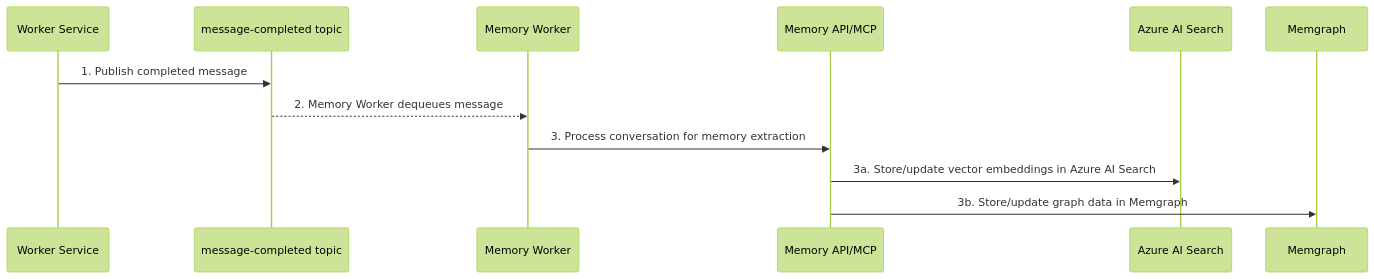
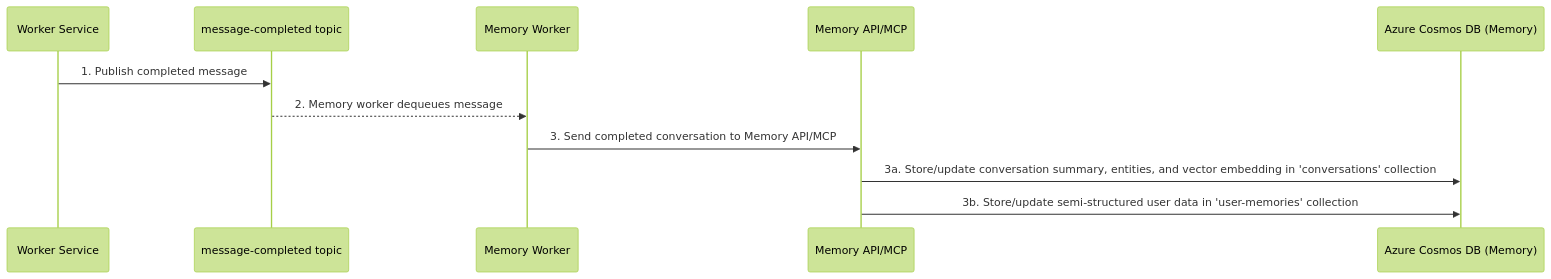
Before and after one commit to tkubica12/azure-workshops: the fourth of 4 diagrams in d-ai-app-patterns/scalable_chat/README.md, drawn with Mermaid (forest theme). The commit also changed other lines of this file, not shown here.

Commit message:
redesign memory system

````diff
--- a/d-ai-app-patterns/scalable_chat/README.md
+++ b/d-ai-app-patterns/scalable_chat/README.md
@@ -165,15 +179,14 @@
 ```mermaid
 sequenceDiagram
     participant W as Worker Service
     participant CC as message-completed topic
     participant MW as Memory Worker
     participant MA as Memory API/MCP
-    participant AS as Azure AI Search
-    participant G as Memgraph
+    participant CDBM as Azure Cosmos DB (Memory)
 
     W->>CC: 1. Publish completed message
-    CC-->>MW: 2. Memory Worker dequeues message
-    MW->>MA: 3. Process conversation for memory extraction
-    MA->>AS: 3a. Store/update vector embeddings in Azure AI Search
-    MA->>G: 3b. Store/update graph data in Memgraph
+    CC-->>MW: 2. Memory worker dequeues message
+    MW->>MA: 3. Send completed conversation to Memory API/MCP
+    MA->>CDBM: 3a. Store/update conversation summary, entities, and vector embedding in 'conversations' collection
+    MA->>CDBM: 3b. Store/update semi-structured user data in 'user-memories' collection
 ```
````
